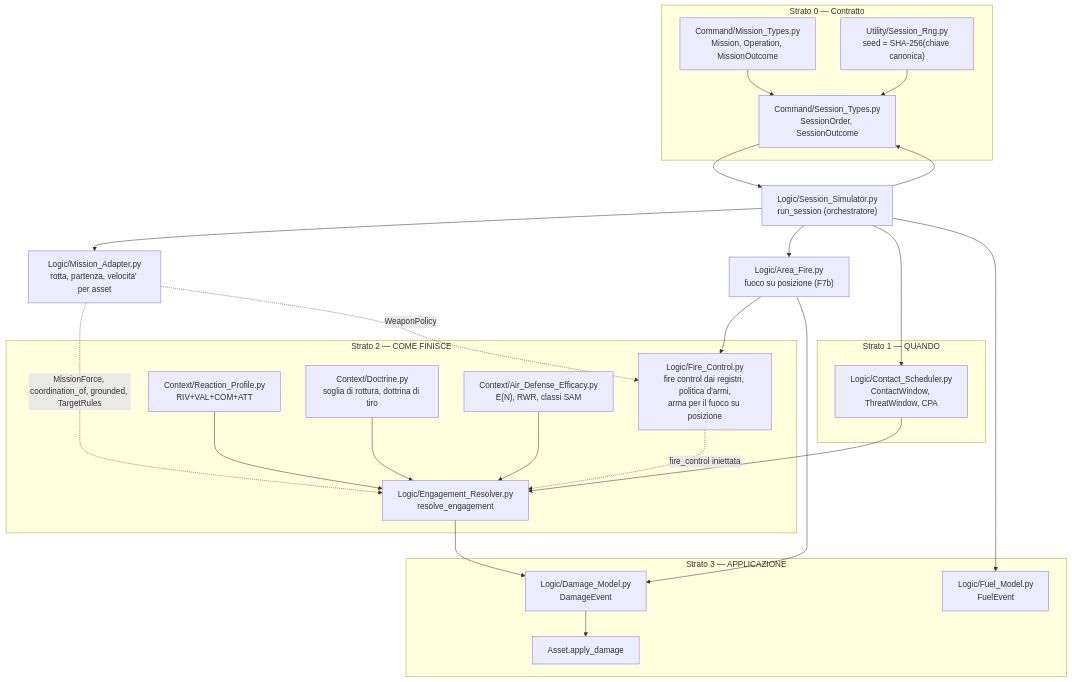
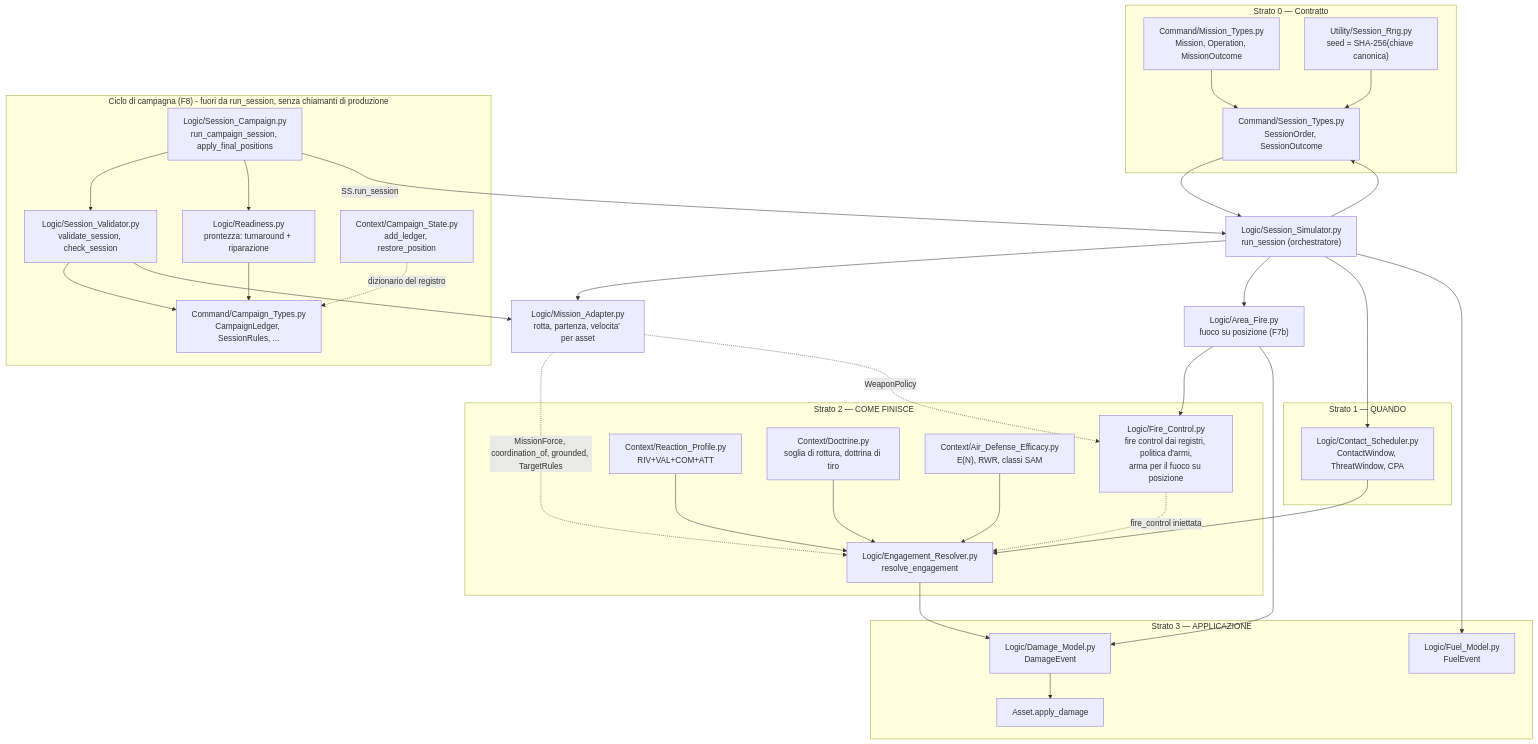
One commit to MakusIV/Warfare-Model changed the diagram in Analysis/Document/Manuale_Motore_DES/02_Scopo_e_Motivazioni.md. Above: the diagram before and after it, drawn with Mermaid. The commit also changed other lines of this file and 10 other files, not shown here.

Commit message:
F9: manuale DES aggiornato a fa5fbf1e (F8a-F8c, F8-R, validatore, prontezza, ciclo di campagna, S30); Piano: F9 fatta, difetto aperto su readiness_after_session

````diff
--- a/Analysis/Document/Manuale_Motore_DES/02_Scopo_e_Motivazioni.md
+++ b/Analysis/Document/Manuale_Motore_DES/02_Scopo_e_Motivazioni.md
@@ -45,50 +52,65 @@
 ```mermaid
 flowchart TD
     subgraph S0["Strato 0 — Contratto"]
         ST["Command/Session_Types.py<br/>SessionOrder, SessionOutcome"]
         MT["Command/Mission_Types.py<br/>Mission, Operation, MissionOutcome"]
         RNG["Utility/Session_Rng.py<br/>seed = SHA-256(chiave canonica)"]
     end
 
     subgraph S1["Strato 1 — QUANDO"]
         CS["Logic/Contact_Scheduler.py<br/>ContactWindow, ThreatWindow, CPA"]
     end
 
     subgraph S2["Strato 2 — COME FINISCE"]
         ER["Logic/Engagement_Resolver.py<br/>resolve_engagement"]
         FC["Logic/Fire_Control.py<br/>fire control dai registri, politica d'armi,<br/>arma per il fuoco su posizione"]
         RP["Context/Reaction_Profile.py<br/>RIV+VAL+COM+ATT"]
         DOC["Context/Doctrine.py<br/>soglia di rottura, dottrina di tiro"]
         ADE["Context/Air_Defense_Efficacy.py<br/>E(N), RWR, classi SAM"]
     end
 
     subgraph S3["Strato 3 — APPLICAZIONE"]
         DM["Logic/Damage_Model.py<br/>DamageEvent"]
         FM["Logic/Fuel_Model.py<br/>FuelEvent"]
         AD["Asset.apply_damage"]
     end
 
     ORCH["Logic/Session_Simulator.py<br/>run_session (orchestratore)"]
     MA["Logic/Mission_Adapter.py<br/>rotta, partenza, velocita' per asset"]
     AF["Logic/Area_Fire.py<br/>fuoco su posizione (F7b)"]
 
+    subgraph CAMP["Ciclo di campagna (F8) - fuori da run_session, senza chiamanti di produzione"]
+        SC["Logic/Session_Campaign.py<br/>run_campaign_session, apply_final_positions"]
+        SV["Logic/Session_Validator.py<br/>validate_session, check_session"]
+        RD["Logic/Readiness.py<br/>prontezza: turnaround + riparazione"]
+        CT["Command/Campaign_Types.py<br/>CampaignLedger, SessionRules, ..."]
+        CST["Context/Campaign_State.py<br/>add_ledger, restore_position"]
+    end
+
     MT --> ST
     ST --> ORCH
     ORCH --> MA
     MA -.->|MissionForce, coordination_of, grounded, TargetRules| ER
     MA -.->|WeaponPolicy| FC
     FC -.->|fire_control iniettata| ER
     ORCH --> AF
     AF --> FC
     AF --> DM
     RNG --> ST
     ORCH --> CS
     CS --> ER
     RP --> ER
     DOC --> ER
     ADE --> ER
     ER --> DM
     ORCH --> FM
     DM --> AD
     ORCH --> ST
+    SC --> SV
+    SC --> RD
+    SC -->|"SS.run_session"| ORCH
+    SV --> CT
+    RD --> CT
+    SV --> MA
+    CST -.->|"dizionario del registro"| CT
 ```
````
